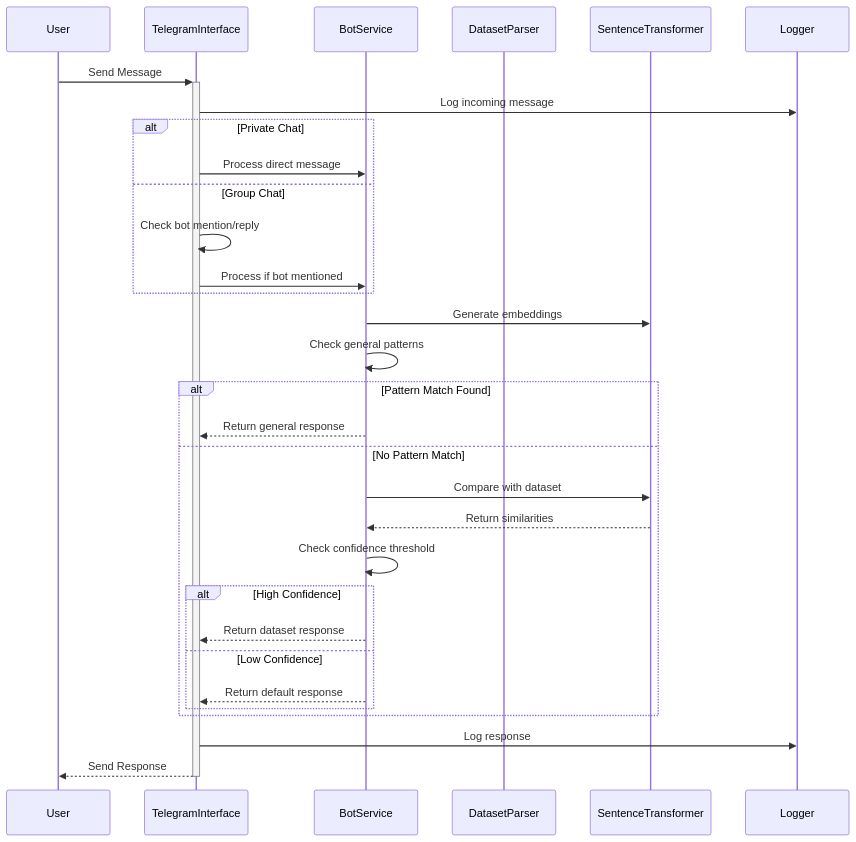
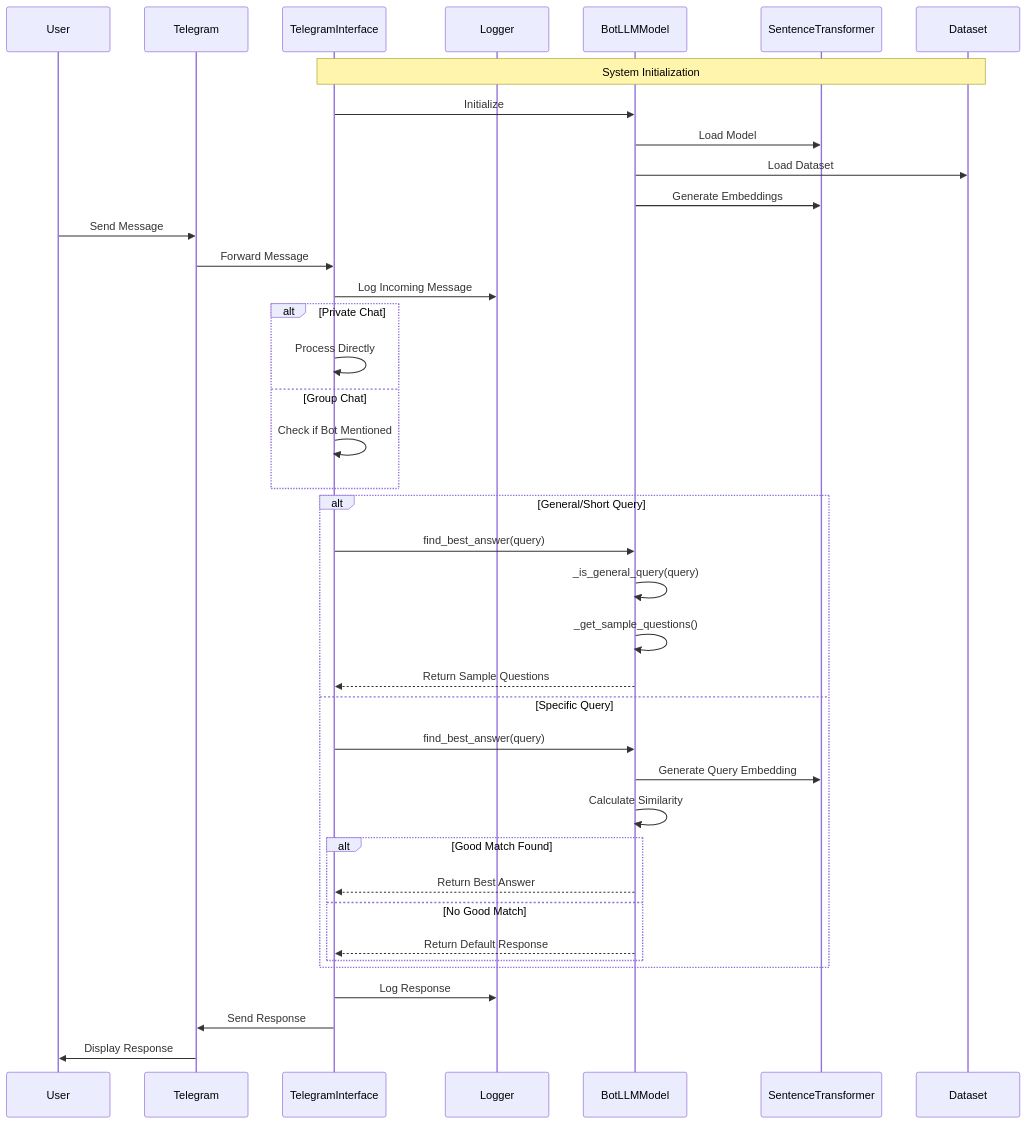
Before and after one commit to quocnh/DecodeFX_Bot: the second of 2 diagrams in README.md, drawn with Mermaid. The commit also changed other lines of this file, not shown here.

````diff
--- a/README.md
+++ b/README.md
@@ -125,38 +95,48 @@
 ```mermaid
 sequenceDiagram
     participant U as User
+    participant T as Telegram
     participant TI as TelegramInterface
-    participant BS as BotService
-    participant DP as DatasetParser
+    participant L as Logger
+    participant B as BotLLMModel
     participant ST as SentenceTransformer
-    participant L as Logger
+    participant D as Dataset
 
-    U->>+TI: Send Message
-    TI->>L: Log incoming message
+    %% Initialization
+    Note over TI,D: System Initialization
+    TI->>B: Initialize
+    B->>ST: Load Model
+    B->>D: Load Dataset
+    B->>ST: Generate Embeddings
+
+    %% Message Flow
+    U->>T: Send Message
+    T->>TI: Forward Message
+    TI->>L: Log Incoming Message
     
     alt Private Chat
-        TI->>BS: Process direct message
+        TI->>TI: Process Directly
     else Group Chat
-        TI->>TI: Check bot mention/reply
-        TI->>BS: Process if bot mentioned
+        TI->>TI: Check if Bot Mentioned
     end
-    
-    BS->>ST: Generate embeddings
-    BS->>BS: Check general patterns
-    
-    alt Pattern Match Found
-        BS-->>TI: Return general response
-    else No Pattern Match
-        BS->>ST: Compare with dataset
-        ST-->>BS: Return similarities
-        BS->>BS: Check confidence threshold
-        alt High Confidence
-            BS-->>TI: Return dataset response
-        else Low Confidence
-            BS-->>TI: Return default response
+
+    alt General/Short Query
+        TI->>B: find_best_answer(query)
+        B->>B: _is_general_query(query)
+        B->>B: _get_sample_questions()
+        B-->>TI: Return Sample Questions
+    else Specific Query
+        TI->>B: find_best_answer(query)
+        B->>ST: Generate Query Embedding
+        B->>B: Calculate Similarity
+        alt Good Match Found
+            B-->>TI: Return Best Answer
+        else No Good Match
+            B-->>TI: Return Default Response
         end
     end
     
-    TI->>L: Log response
-    TI-->>-U: Send Response
+    TI->>L: Log Response
+    TI->>T: Send Response
+    T->>U: Display Response
 ```
````
